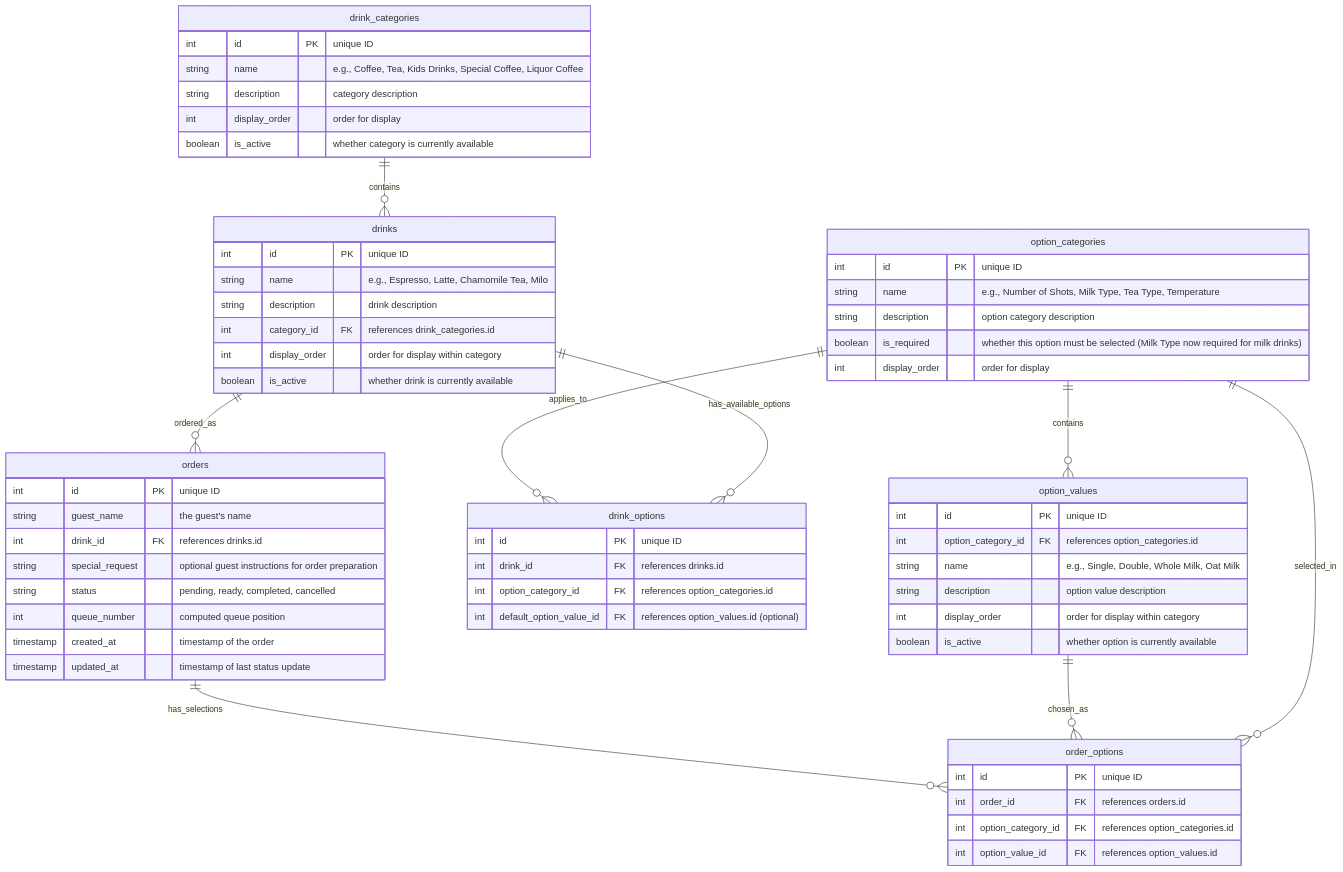
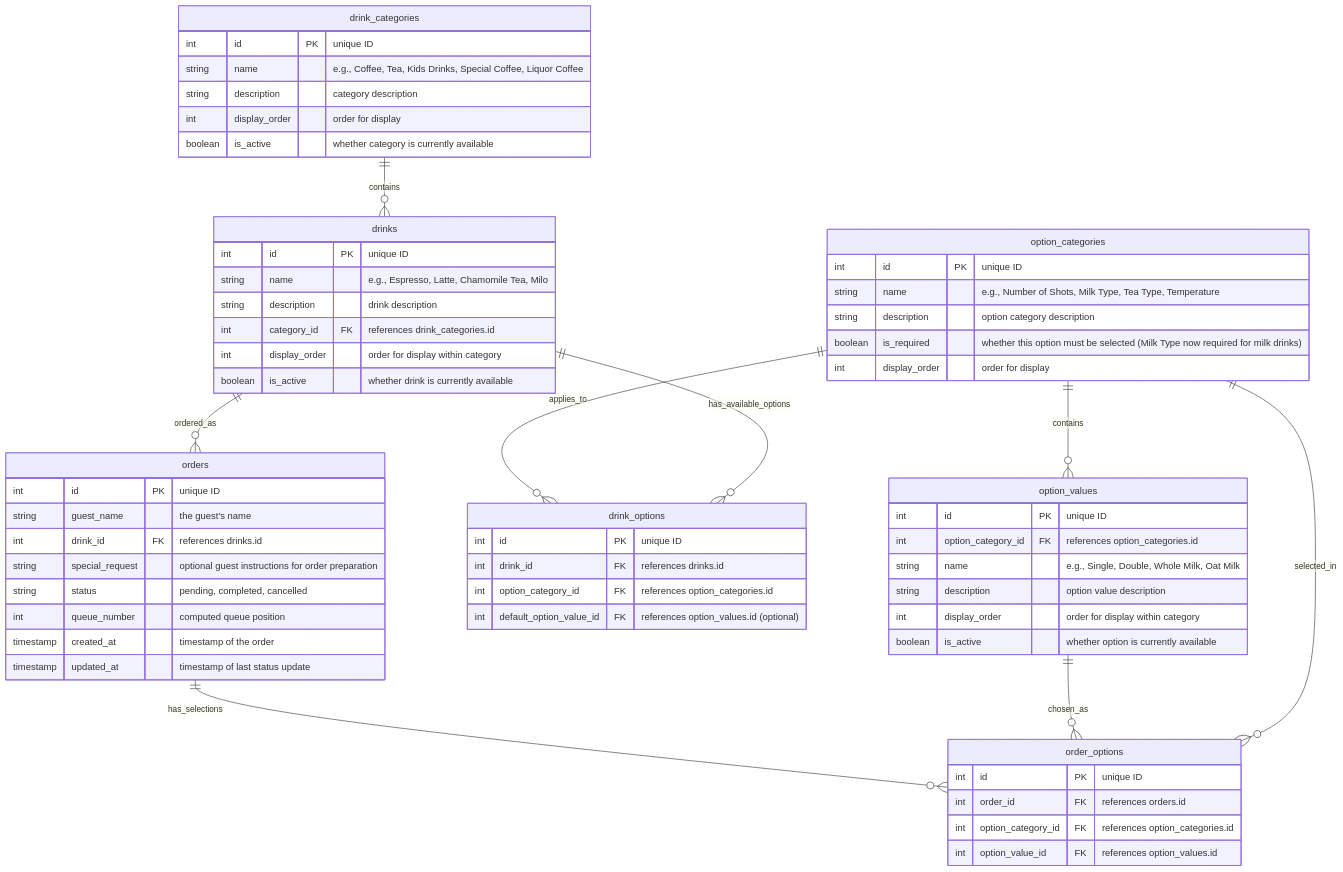
One commit to raffertyuy/uy-kape changed the diagram in docs/specs/db_schema.md. Above: the diagram before and after it, drawn with Mermaid. The commit also changed other lines of this file and 49 other files, not shown here.

First line of the commit message:
Remove ready status add guest cancellation (#40)

````diff
--- a/docs/specs/db_schema.md
+++ b/docs/specs/db_schema.md
@@ -7,70 +7,70 @@
 ```mermaid
 erDiagram
     drink_categories {
         int id PK "unique ID"
         string name "e.g., Coffee, Tea, Kids Drinks, Special Coffee, Liquor Coffee"
         string description "category description"
         int display_order "order for display"
         boolean is_active "whether category is currently available"
     }
     
     drinks {
         int id PK "unique ID"
         string name "e.g., Espresso, Latte, Chamomile Tea, Milo"
         string description "drink description"
         int category_id FK "references drink_categories.id"
         int display_order "order for display within category"
         boolean is_active "whether drink is currently available"
     }
     
     option_categories {
         int id PK "unique ID"
         string name "e.g., Number of Shots, Milk Type, Tea Type, Temperature"
         string description "option category description"
         boolean is_required "whether this option must be selected (Milk Type now required for milk drinks)"
         int display_order "order for display"
     }
     
     option_values {
         int id PK "unique ID"
         int option_category_id FK "references option_categories.id"
         string name "e.g., Single, Double, Whole Milk, Oat Milk"
         string description "option value description"
         int display_order "order for display within category"
         boolean is_active "whether option is currently available"
     }
     
     drink_options {
         int id PK "unique ID"
         int drink_id FK "references drinks.id"
         int option_category_id FK "references option_categories.id"
         int default_option_value_id FK "references option_values.id (optional)"
     }
     
     orders {
         int id PK "unique ID"
         string guest_name "the guest's name"
         int drink_id FK "references drinks.id"
         string special_request "optional guest instructions for order preparation"
-        string status "pending, ready, completed, cancelled"
+        string status "pending, completed, cancelled"
         int queue_number "computed queue position"
         timestamp created_at "timestamp of the order"
         timestamp updated_at "timestamp of last status update"
     }
     
     order_options {
         int id PK "unique ID"
         int order_id FK "references orders.id"
         int option_category_id FK "references option_categories.id"
         int option_value_id FK "references option_values.id"
     }
     
     drink_categories ||--o{ drinks : contains
     drinks ||--o{ drink_options : has_available_options
     drinks ||--o{ orders : ordered_as
     option_categories ||--o{ option_values : contains
     option_categories ||--o{ drink_options : applies_to
     option_categories ||--o{ order_options : selected_in
     option_values ||--o{ order_options : chosen_as
     orders ||--o{ order_options : has_selections
 ```
````
